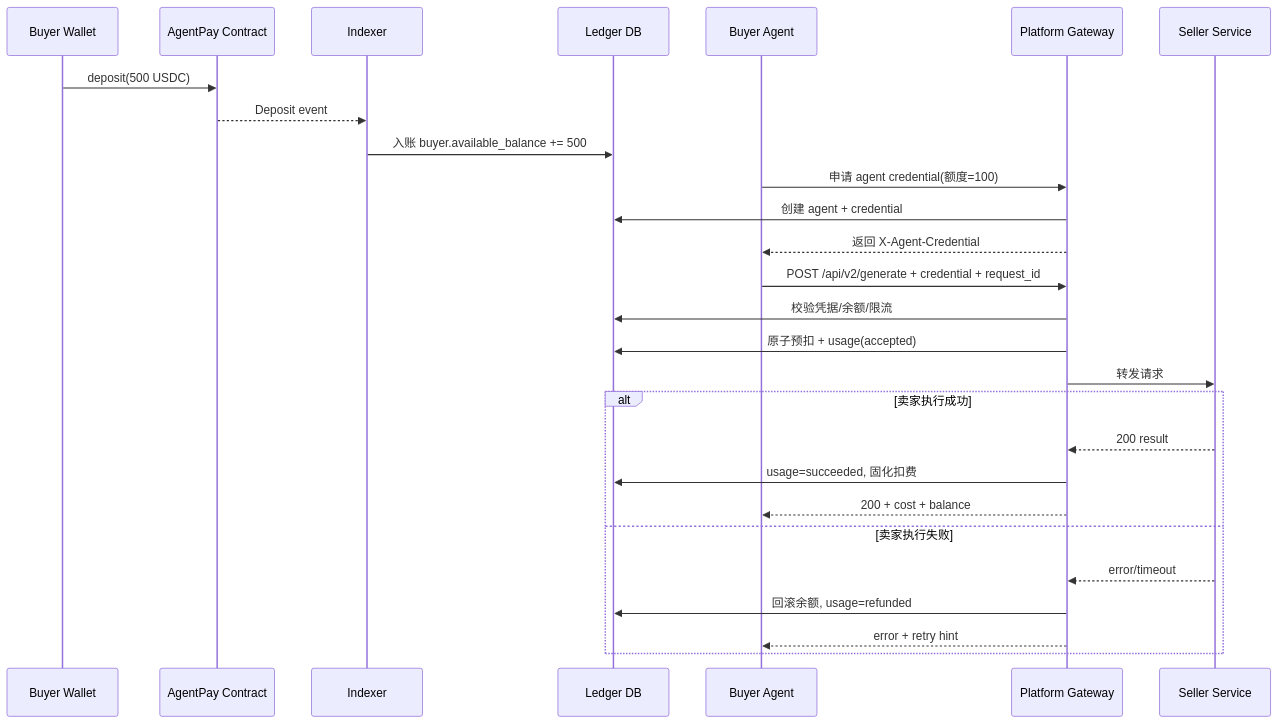
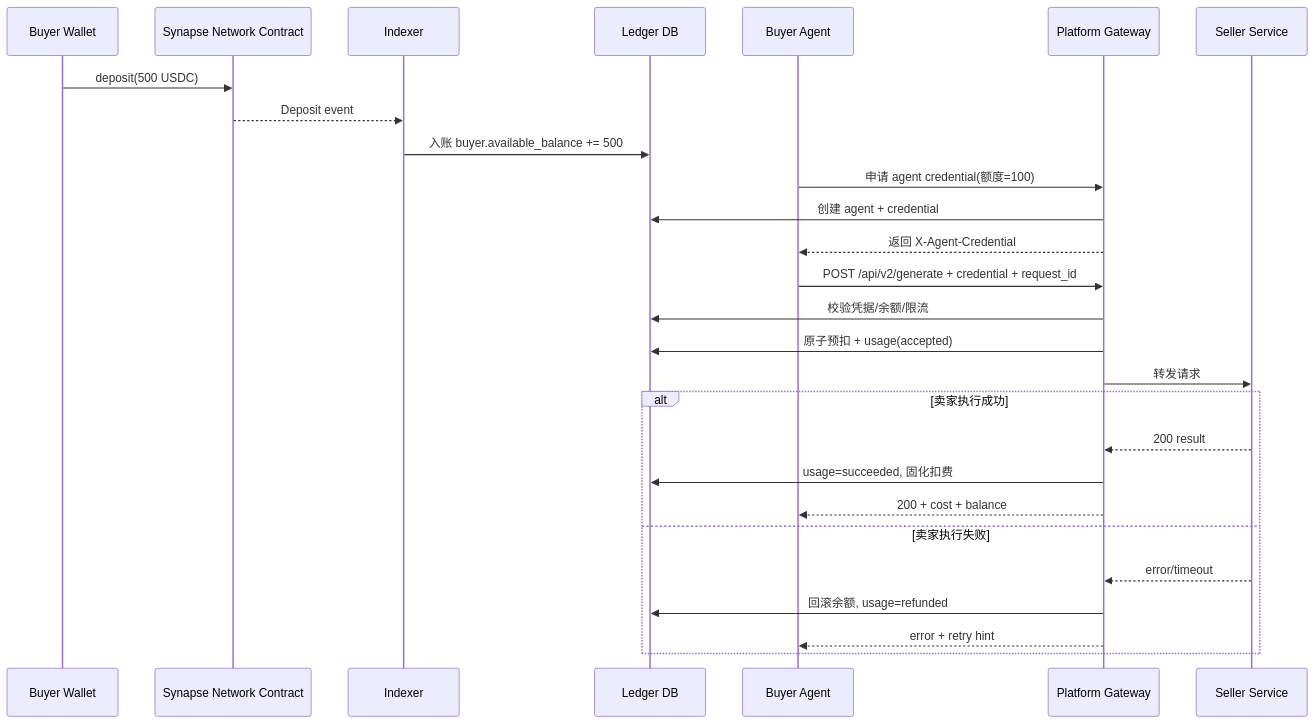
The first of 2 diagrams in doc/feature_designs/settlement_deduction/Deduction-Detailed-Design.md (SynapseNetworkAI/Synapse-Network), drawn with Mermaid before and after one commit. The commit also changed other lines of this file and 85 other files, not shown here.

Commit message:
refactor(core): comprehensive rebrand to Synapse Network, rename A2APayVault to SynapseCore, and enhance frontend auth guards

````diff
--- a/doc/feature_designs/settlement_deduction/Deduction-Detailed-Design.md
+++ b/doc/feature_designs/settlement_deduction/Deduction-Detailed-Design.md
@@ -62,31 +62,31 @@
 ```mermaid
 sequenceDiagram
     participant BW as Buyer Wallet
-    participant C as AgentPay Contract
+    participant C as Synapse Network Contract
     participant I as Indexer
     participant D as Ledger DB
     participant BO as Buyer Agent
     participant G as Platform Gateway
     participant S as Seller Service
 
     BW->>C: deposit(500 USDC)
     C-->>I: Deposit event
     I->>D: 入账 buyer.available_balance += 500
     BO->>G: 申请 agent credential(额度=100)
     G->>D: 创建 agent + credential
     G-->>BO: 返回 X-Agent-Credential
 
     BO->>G: POST /api/v2/generate + credential + request_id
     G->>D: 校验凭据/余额/限流
     G->>D: 原子预扣 + usage(accepted)
     G->>S: 转发请求
     alt 卖家执行成功
       S-->>G: 200 result
       G->>D: usage=succeeded, 固化扣费
       G-->>BO: 200 + cost + balance
     else 卖家执行失败
       S-->>G: error/timeout
       G->>D: 回滚余额, usage=refunded
       G-->>BO: error + retry hint
     end
 ```
````
